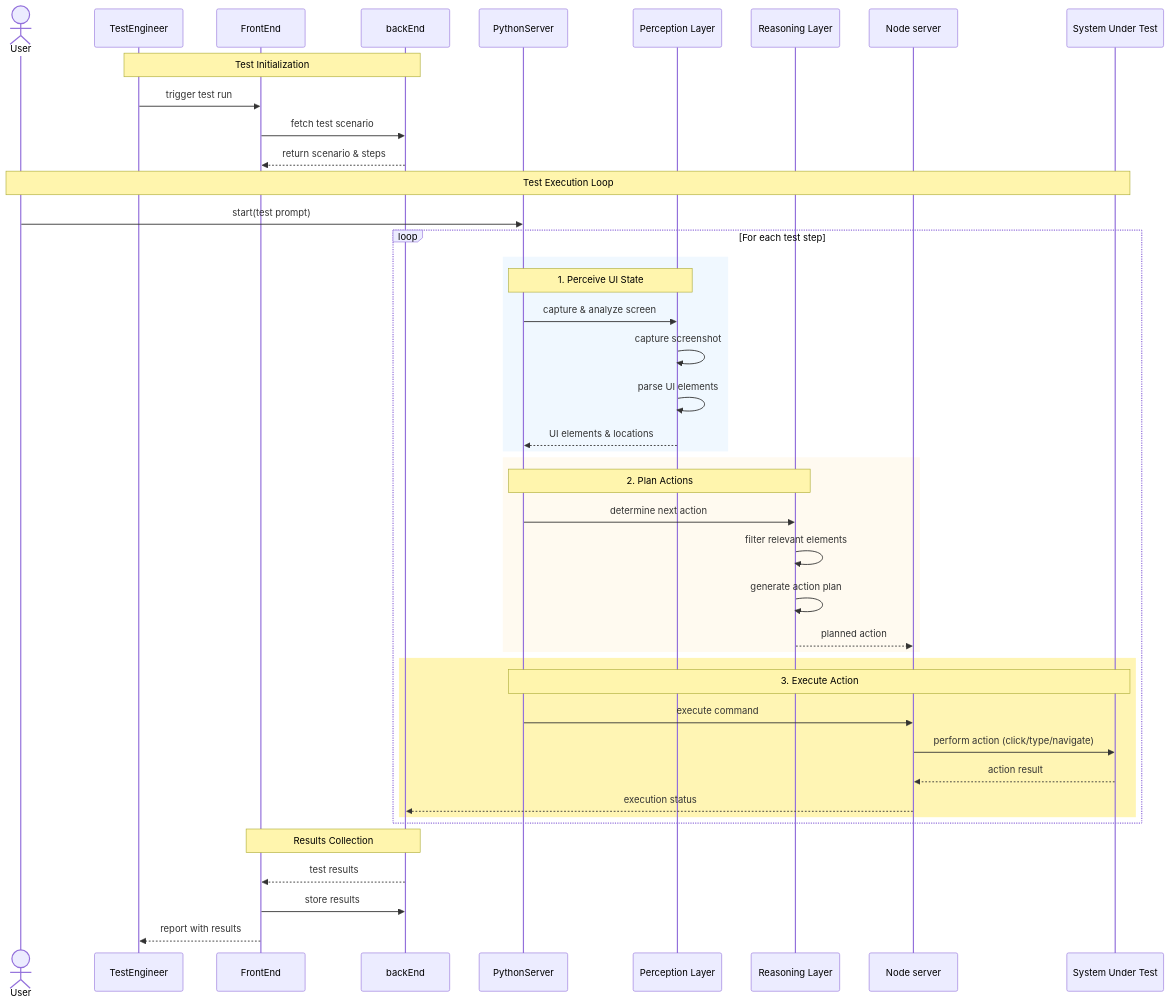
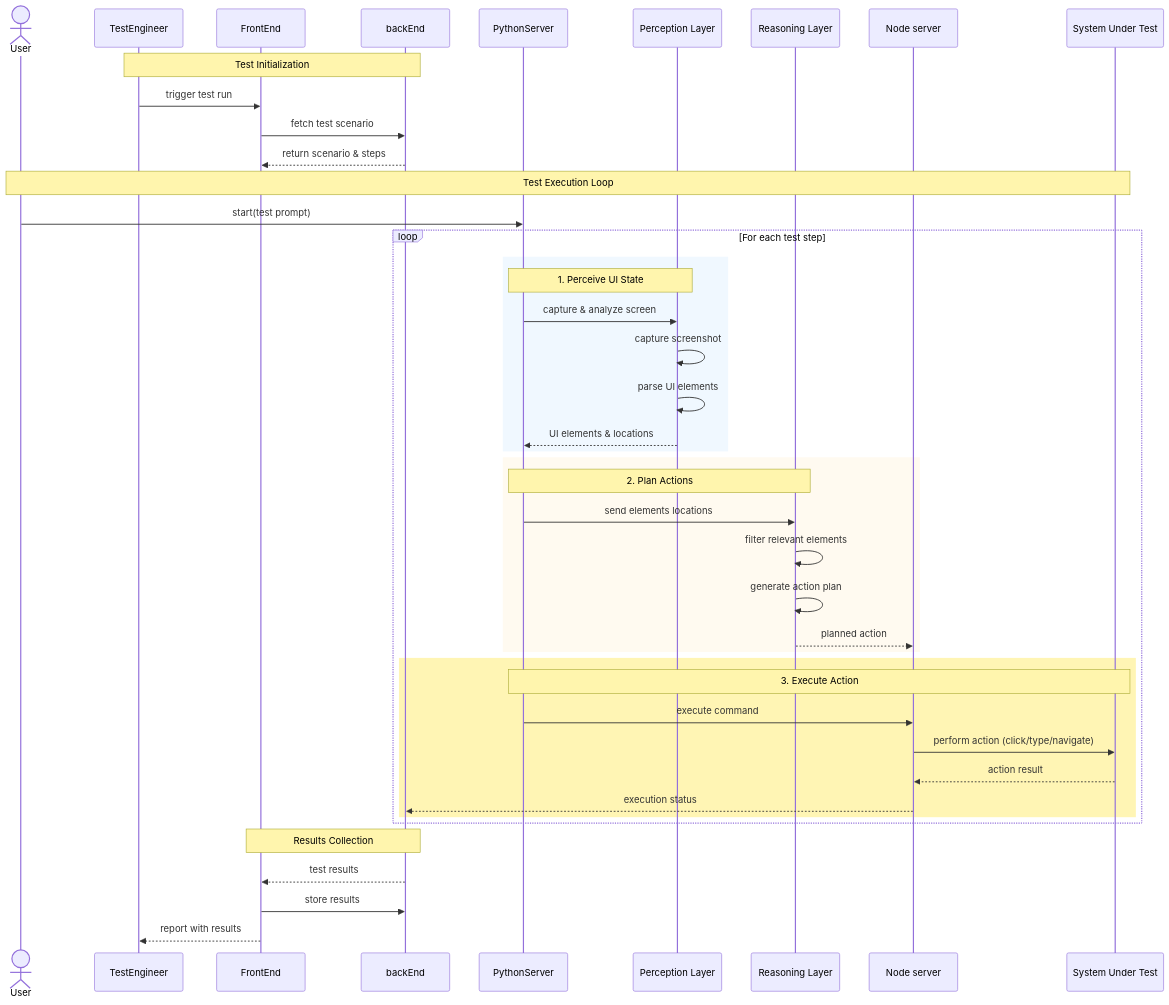
Before and after one commit to Youssef-Hossam2274/inspace-desktop: the first of 3 diagrams in docs/diagrams/workflow-diagrams.md, drawn with Mermaid.

Commit message:
edit readme file

````diff
--- a/docs/diagrams/workflow-diagrams.md
+++ b/docs/diagrams/workflow-diagrams.md
@@ -14,57 +14,57 @@
 ```mermaid
   sequenceDiagram
     actor User
     participant TestEngineer
     participant FrontEnd
     participant backEnd
     participant PythonServer as PythonServer
     participant Perception as Perception Layer
     participant Reasoning as Reasoning Layer
     participant Agent as Node server 
     participant SUT as System Under Test
 
     %% Test Setup
     Note over TestEngineer,backEnd: Test Initialization
     TestEngineer->>FrontEnd: trigger test run
     FrontEnd->>backEnd: fetch test scenario
     backEnd-->>FrontEnd: return scenario & steps
     
     %% Workflow Execution
     Note over User,SUT: Test Execution Loop
     User->>PythonServer: start(test prompt)
     
     loop For each test step
         %% Perception Phase
         rect rgb(240, 248, 255)
         Note over PythonServer,Perception: 1. Perceive UI State
         PythonServer->>Perception: capture & analyze screen
         Perception->>Perception: capture screenshot
         Perception->>Perception: parse UI elements
         Perception-->>PythonServer: UI elements & locations
         end
         
         %% Reasoning Phase
         rect rgb(255, 250, 240)
         Note over PythonServer,Reasoning: 2. Plan Actions
-        PythonServer->>Reasoning: determine next action
+        PythonServer->>Reasoning: send elements locations 
         Reasoning->>Reasoning: filter relevant elements
         Reasoning->>Reasoning: generate action plan
         Reasoning-->>Agent: planned action
         end
         
         %% Execution Phase
         rect rgb(255, 245, 180)
         Note over PythonServer,SUT: 3. Execute Action
         PythonServer->>Agent: execute command
         Agent->>SUT: perform action (click/type/navigate)
         SUT-->>Agent: action result
         Agent-->>backEnd: execution status
         end
     end
     
     %% Results & Reporting
     Note over FrontEnd,backEnd: Results Collection
     backEnd-->>FrontEnd: test results
     FrontEnd->>backEnd: store results
     FrontEnd-->>TestEngineer: report with results
 ```
````
